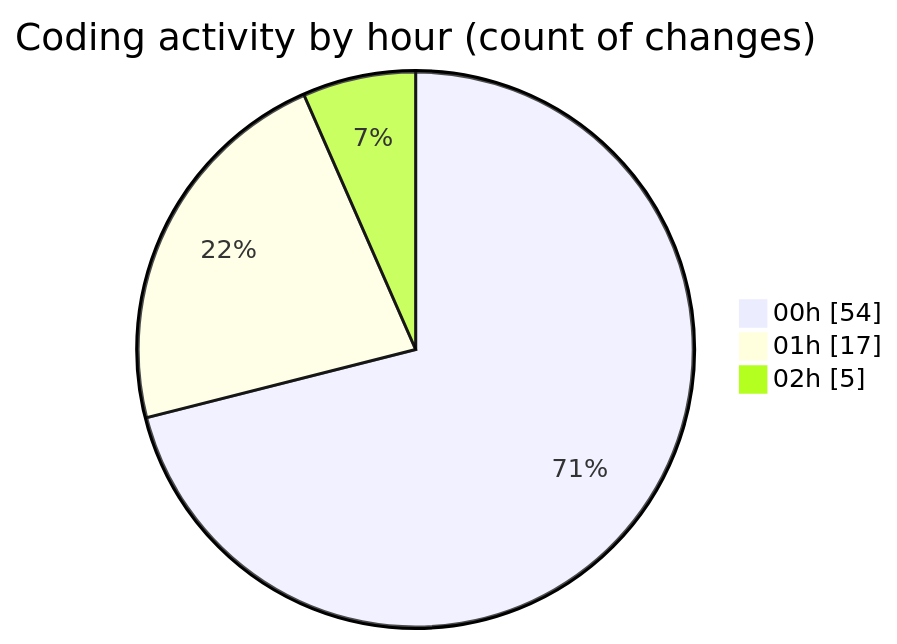
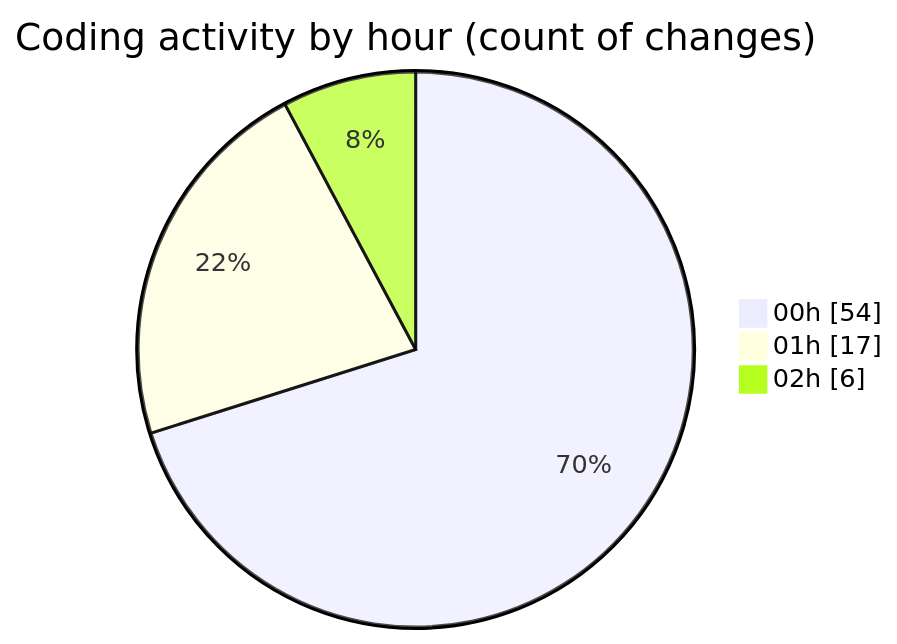
One commit to lephambinh05/code-tracking changed the second of 2 diagrams in 2025-07-26/quanlyrapchieuphim-1/README.md. Above: the diagram before and after it, drawn with Mermaid. The commit also changed other lines of this file and 1 other file, not shown here.

````diff
--- a/2025-07-26/quanlyrapchieuphim-1/README.md
+++ b/2025-07-26/quanlyrapchieuphim-1/README.md
@@ -34,7 +34,7 @@
 ```mermaid
 pie showData
 title Coding activity by hour (count of changes)
 "00h" : 54
 "01h" : 17
-"02h" : 5
+"02h" : 6
 ```
````
